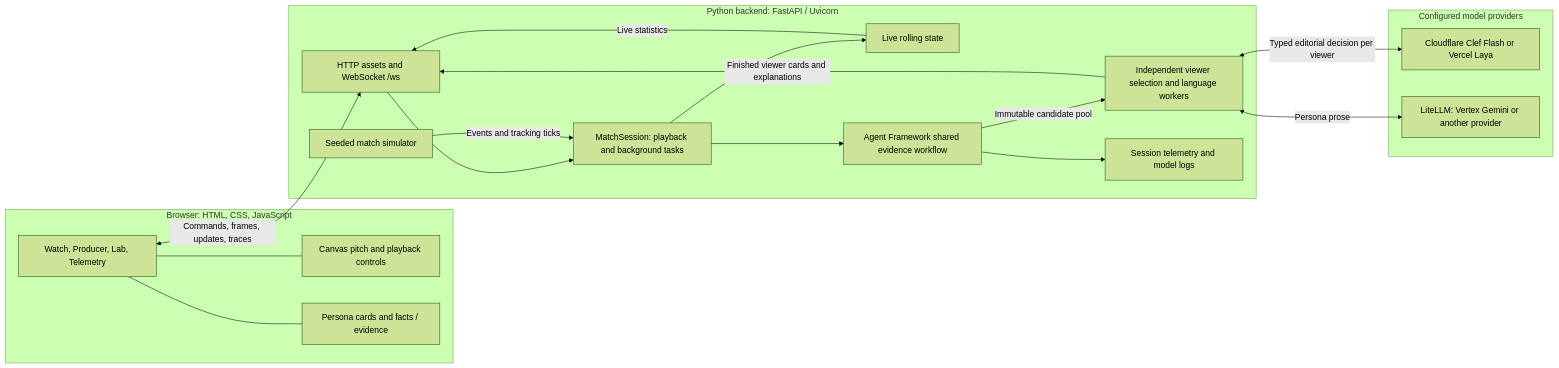
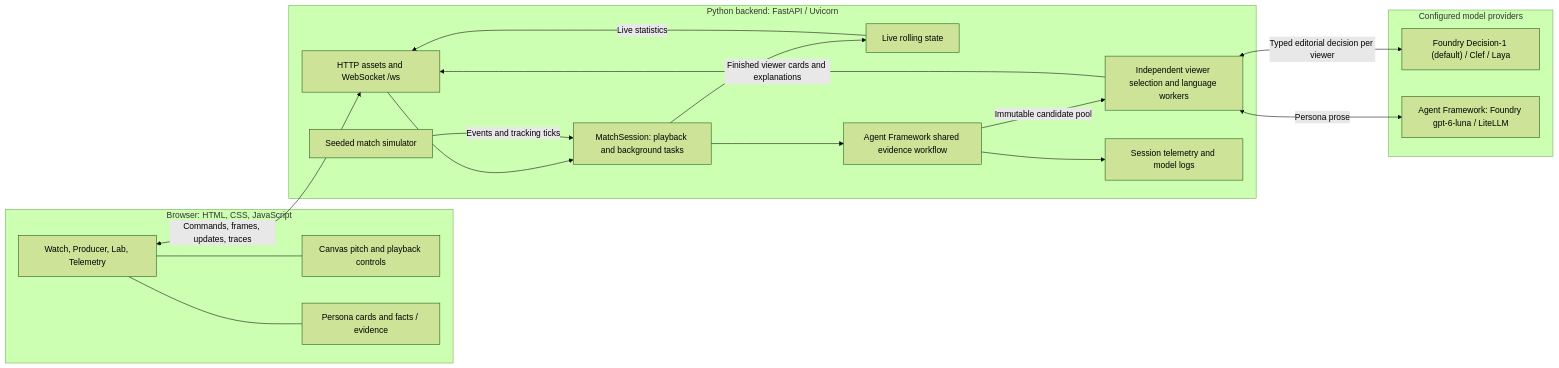
Before and after one commit to shantanu1singh/matchos: the first of 4 diagrams in ARCHITECTURE.md, drawn with Mermaid (forest theme). The commit also changed other lines of this file and 13 other files, not shown here.

````diff
--- a/ARCHITECTURE.md
+++ b/ARCHITECTURE.md
@@ -9,37 +9,37 @@
 ```mermaid
 flowchart LR
     subgraph Browser["Browser: HTML, CSS, JavaScript"]
         UI["Watch, Producer, Lab, Telemetry"]
         Pitch["Canvas pitch and playback controls"]
         Views["Persona cards and facts / evidence"]
         UI --- Pitch
         UI --- Views
     end
 
     subgraph Backend["Python backend: FastAPI / Uvicorn"]
         Server["HTTP assets and WebSocket /ws"]
         Session["MatchSession: playback and background tasks"]
         Simulator["Seeded match simulator"]
         LiveState["Live rolling state"]
         Workflow["Agent Framework shared evidence workflow"]
         Viewers["Independent viewer selection and language workers"]
         Traces["Session telemetry and model logs"]
         Server --> Session
         Simulator -->|"Events and tracking ticks"| Session
         Session --> LiveState
         Session --> Workflow
         Workflow -->|"Immutable candidate pool"| Viewers
         Workflow --> Traces
     end
 
     subgraph Providers["Configured model providers"]
-        Decision["Cloudflare Clef Flash or Vercel Laya"]
-        Language["LiteLLM: Vertex Gemini or another provider"]
+        Decision["Foundry Decision-1 (default) / Clef / Laya"]
+        Language["Agent Framework: Foundry gpt-6-luna / LiteLLM"]
     end
 
     UI <-->|"Commands, frames, updates, traces"| Server
     LiveState -->|"Live statistics"| Server
     Viewers -->|"Finished viewer cards and explanations"| Server
     Viewers <-->|"Typed editorial decision per viewer"| Decision
     Viewers <-->|"Persona prose"| Language
 ```
````
